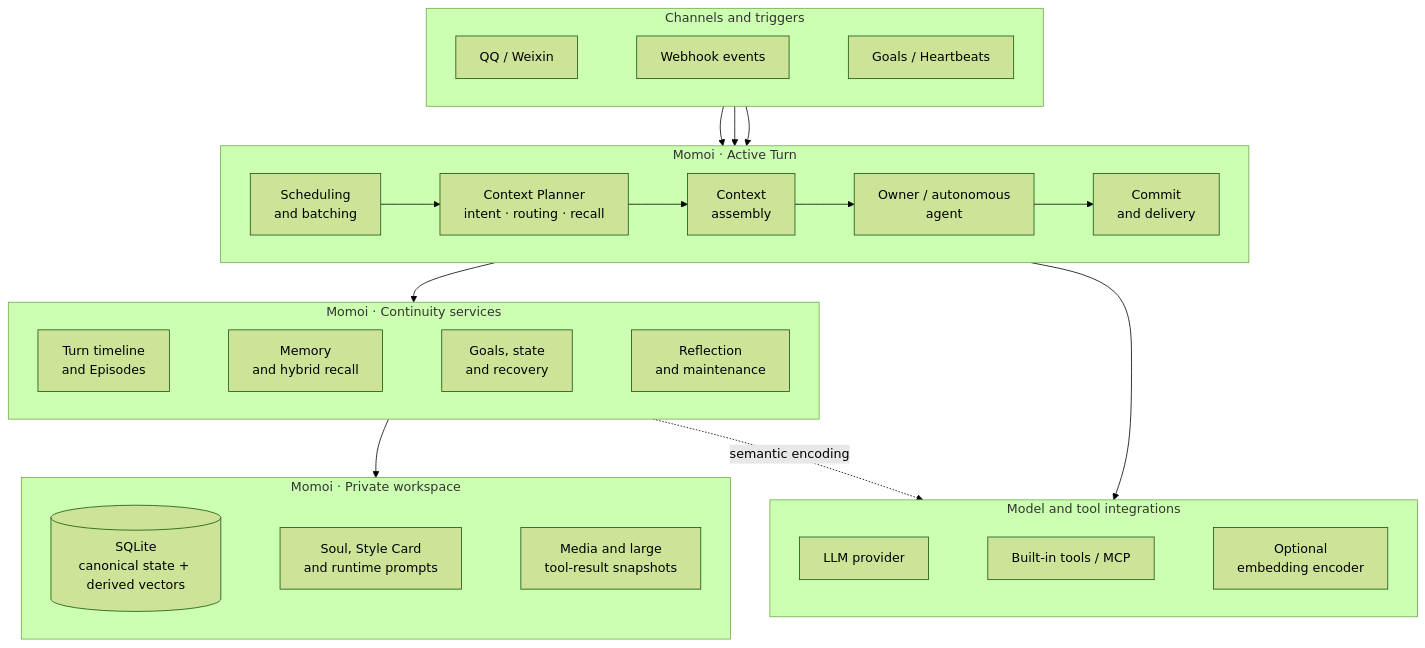
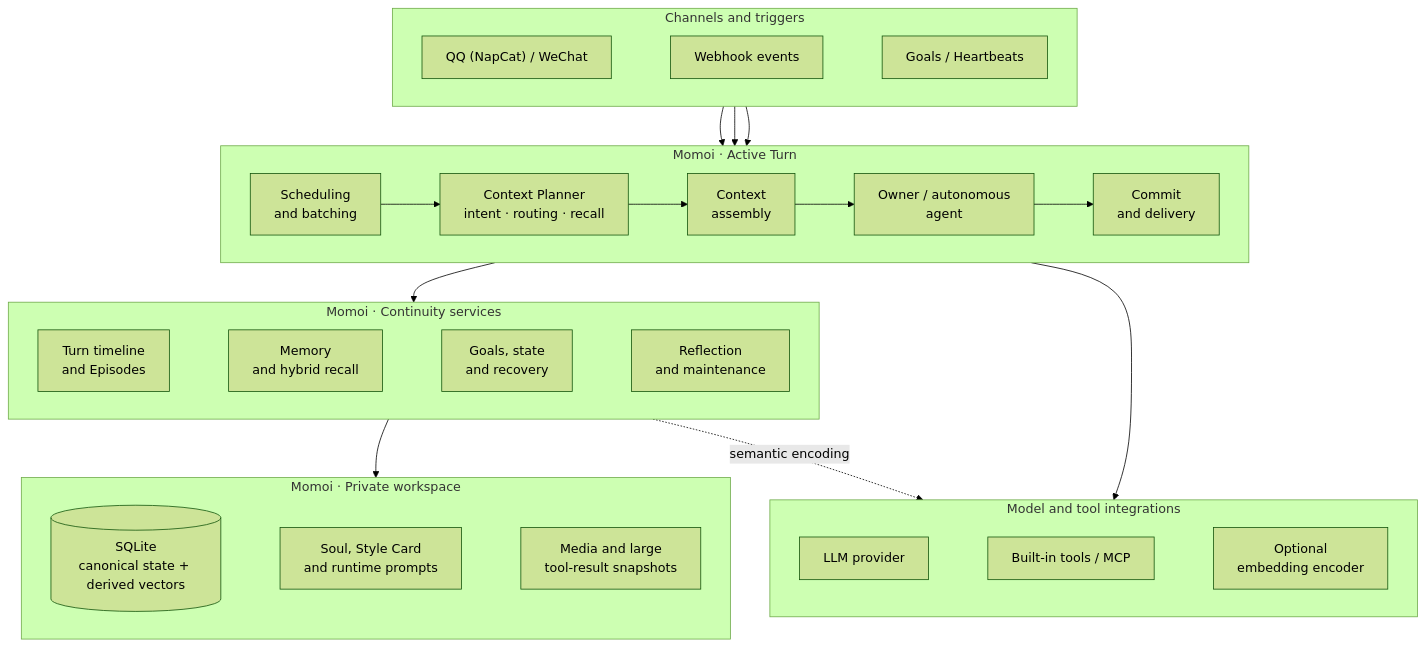
The first of 2 diagrams in README.md (RicterZ/Momoi), drawn with Mermaid (forest theme) before and after one commit. The commit also changed other lines of this file and 1 other file, not shown here.

````diff
--- a/README.md
+++ b/README.md
@@ -47,53 +47,53 @@
 ```mermaid
 flowchart TB
   subgraph triggers["Channels and triggers"]
     direction LR
-    chat["QQ / Weixin"]
+    chat["QQ (NapCat) / WeChat"]
     webhook["Webhook events"]
     clock["Goals / Heartbeats"]
     chat ~~~ webhook ~~~ clock
   end
 
   subgraph active["Momoi · Active Turn"]
     direction LR
     intake["Scheduling<br/>and batching"]
     planner["Context Planner<br/>intent · routing · recall"]
     context["Context<br/>assembly"]
     agent["Owner / autonomous<br/>agent"]
     delivery["Commit<br/>and delivery"]
     intake --> planner --> context --> agent --> delivery
   end
 
   subgraph continuity["Momoi · Continuity services"]
     direction LR
     timeline["Turn timeline<br/>and Episodes"]
     memory["Memory<br/>and hybrid recall"]
     time["Goals, state<br/>and recovery"]
     upkeep["Reflection<br/>and maintenance"]
     timeline ~~~ memory ~~~ time ~~~ upkeep
   end
 
   subgraph workspace["Momoi · Private workspace"]
     direction LR
     sqlite[("SQLite<br/>canonical state + derived vectors")]
     prompts["Soul, Style Card<br/>and runtime prompts"]
     files["Media and large<br/>tool-result snapshots"]
     sqlite ~~~ prompts ~~~ files
   end
 
   subgraph external["Model and tool integrations"]
     direction LR
     llm["LLM provider"]
     tools["Built-in tools / MCP"]
     embedding["Optional<br/>embedding encoder"]
     llm ~~~ tools ~~~ embedding
   end
 
   chat --> intake
   webhook --> intake
   clock --> intake
   active --> continuity
   continuity --> workspace
   active --> external
   continuity -. "semantic encoding" .-> external
 ```
````
